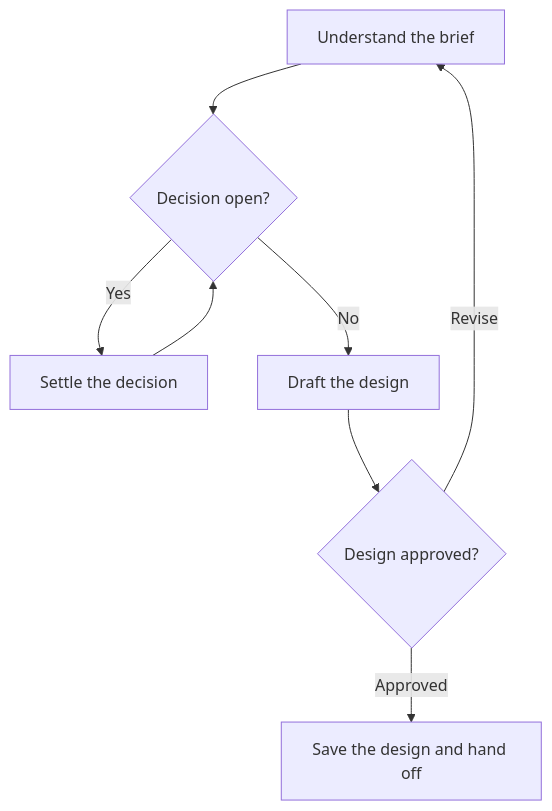
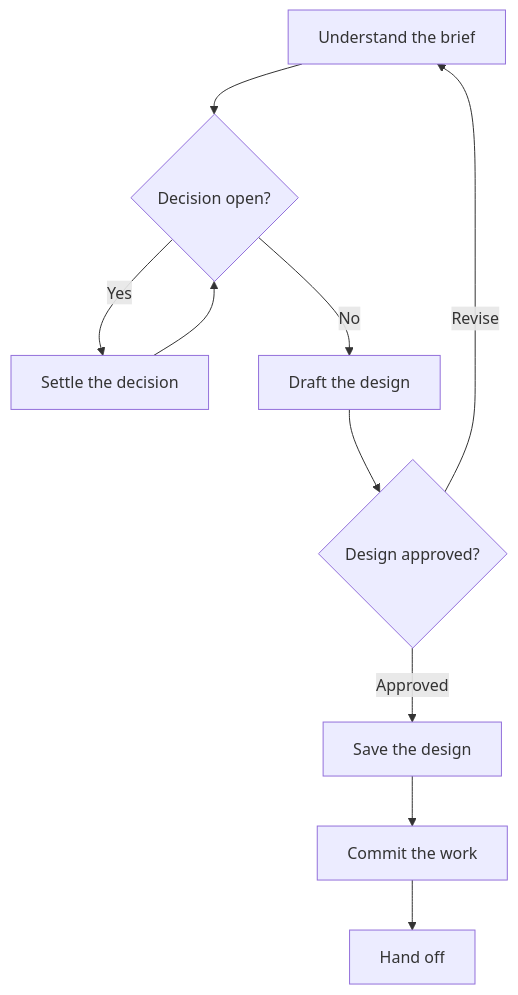
Before and after one commit to UseTheFork/spindle: the diagram in assets/Blueprints/skills/sdd-author-design/SKILL.md, drawn with Mermaid. The commit also changed other lines of this file and 2 other files, not shown here.

Commit message:
feat: commit SDD authoring work before handoff

````diff
--- a/assets/Blueprints/skills/sdd-author-design/SKILL.md
+++ b/assets/Blueprints/skills/sdd-author-design/SKILL.md
@@ -17,10 +17,12 @@
 ```mermaid
 flowchart TD
     A[Understand the brief] --> B{Decision open?}
     B -- Yes --> C[Settle the decision]
     C --> B
     B -- No --> D[Draft the design]
     D --> E{Design approved?}
     E -- Revise --> A
-    E -- Approved --> F[Save the design and hand off]
+    E -- Approved --> F[Save the design]
+    F --> G[Commit the work]
+    G --> H[Hand off]
 ```
````
